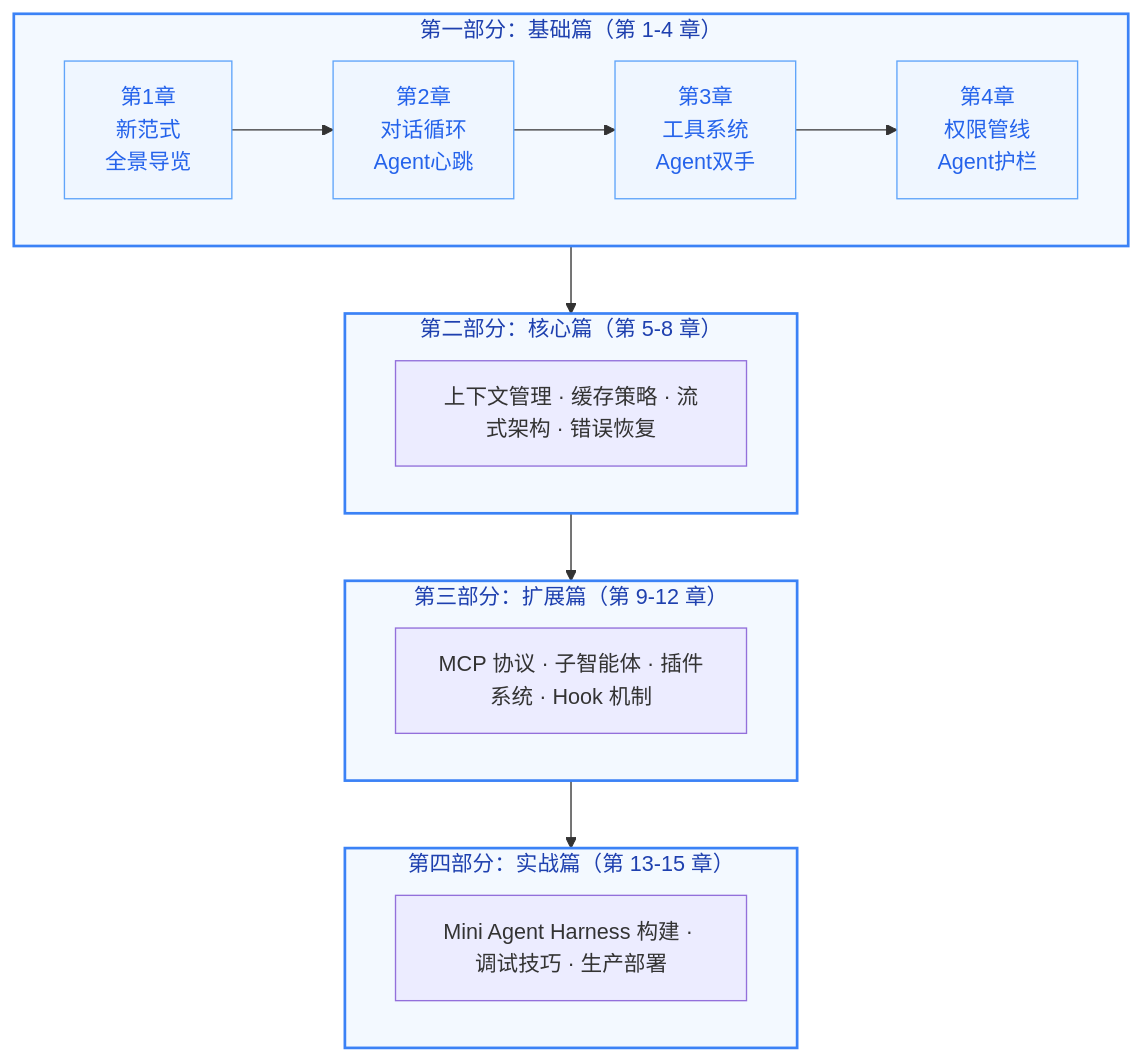
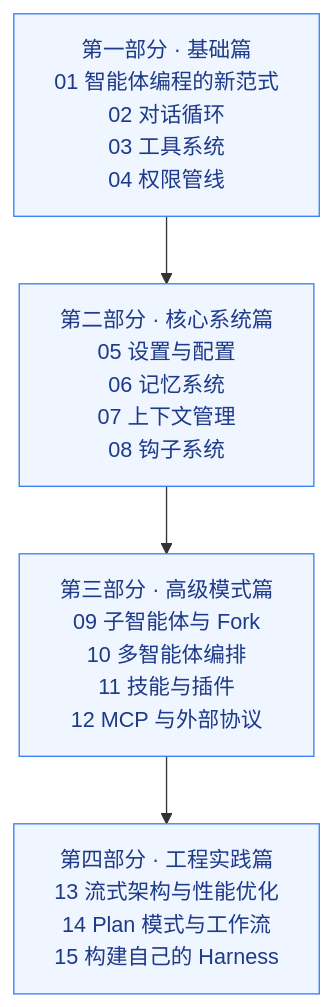
The third of 3 diagrams in 00-前言.md (lintsinghua/claude-code-book), drawn with Mermaid before and after one commit. The commit also changed 21 other files, not shown here.

First line of the commit message:
chore: update .gitignore, add package.json and package-lock.json, and enhance Mermaid diagrams

````diff
--- a/00-前言.md
+++ b/00-前言.md
@@ -167,26 +167,10 @@
 ```mermaid
-flowchart TD
-    subgraph part1["第一部分：基础篇（第 1-4 章）"]
-        direction LR
-        ch1["第1章<br/>新范式<br/>全景导览"] --> ch2["第2章<br/>对话循环<br/>Agent心跳"] --> ch3["第3章<br/>工具系统<br/>Agent双手"] --> ch4["第4章<br/>权限管线<br/>Agent护栏"]
-    end
-
-    subgraph part2["第二部分：核心篇（第 5-8 章）"]
-        core["上下文管理 · 缓存策略 · 流式架构 · 错误恢复"]
-    end
-
-    subgraph part3["第三部分：扩展篇（第 9-12 章）"]
-        ext["MCP 协议 · 子智能体 · 插件系统 · Hook 机制"]
-    end
-
-    subgraph part4["第四部分：实战篇（第 13-15 章）"]
-        practice["Mini Agent Harness 构建 · 调试技巧 · 生产部署"]
-    end
-
-    part1 --> part2 --> part3 --> part4
-
-    classDef section fill:#f3f9ff,stroke:#3b82f6,stroke-width:2px,color:#1e40af
-    classDef chapter fill:#eff6ff,stroke:#60a5fa,stroke-width:1px,color:#2563eb
-    class part1,part2,part3,part4 section
-    class ch1,ch2,ch3,ch4 chapter
+flowchart TB
+    p1["第一部分 · 基础篇<br/>01 智能体编程的新范式<br/>02 对话循环<br/>03 工具系统<br/>04 权限管线"]
+    p2["第二部分 · 核心系统篇<br/>05 设置与配置<br/>06 记忆系统<br/>07 上下文管理<br/>08 钩子系统"]
+    p3["第三部分 · 高级模式篇<br/>09 子智能体与 Fork<br/>10 多智能体编排<br/>11 技能与插件<br/>12 MCP 与外部协议"]
+    p4["第四部分 · 工程实践篇<br/>13 流式架构与性能优化<br/>14 Plan 模式与工作流<br/>15 构建自己的 Harness"]
+    p1 --> p2 --> p3 --> p4
+    classDef part fill:#eff6ff,stroke:#3b82f6,color:#1e3a8a
+    class p1,p2,p3,p4 part
 ```
````
